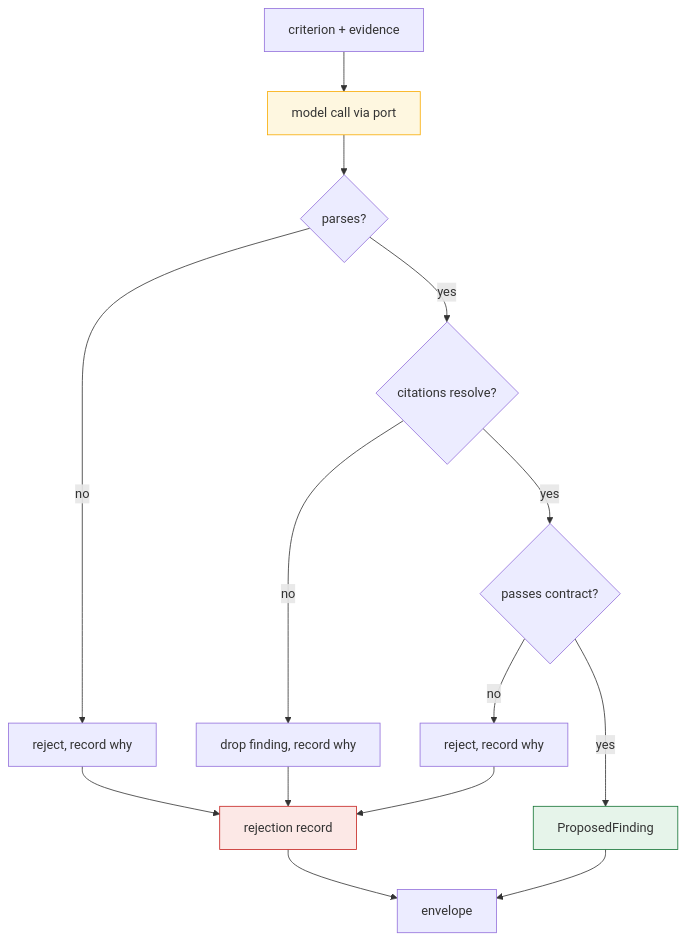
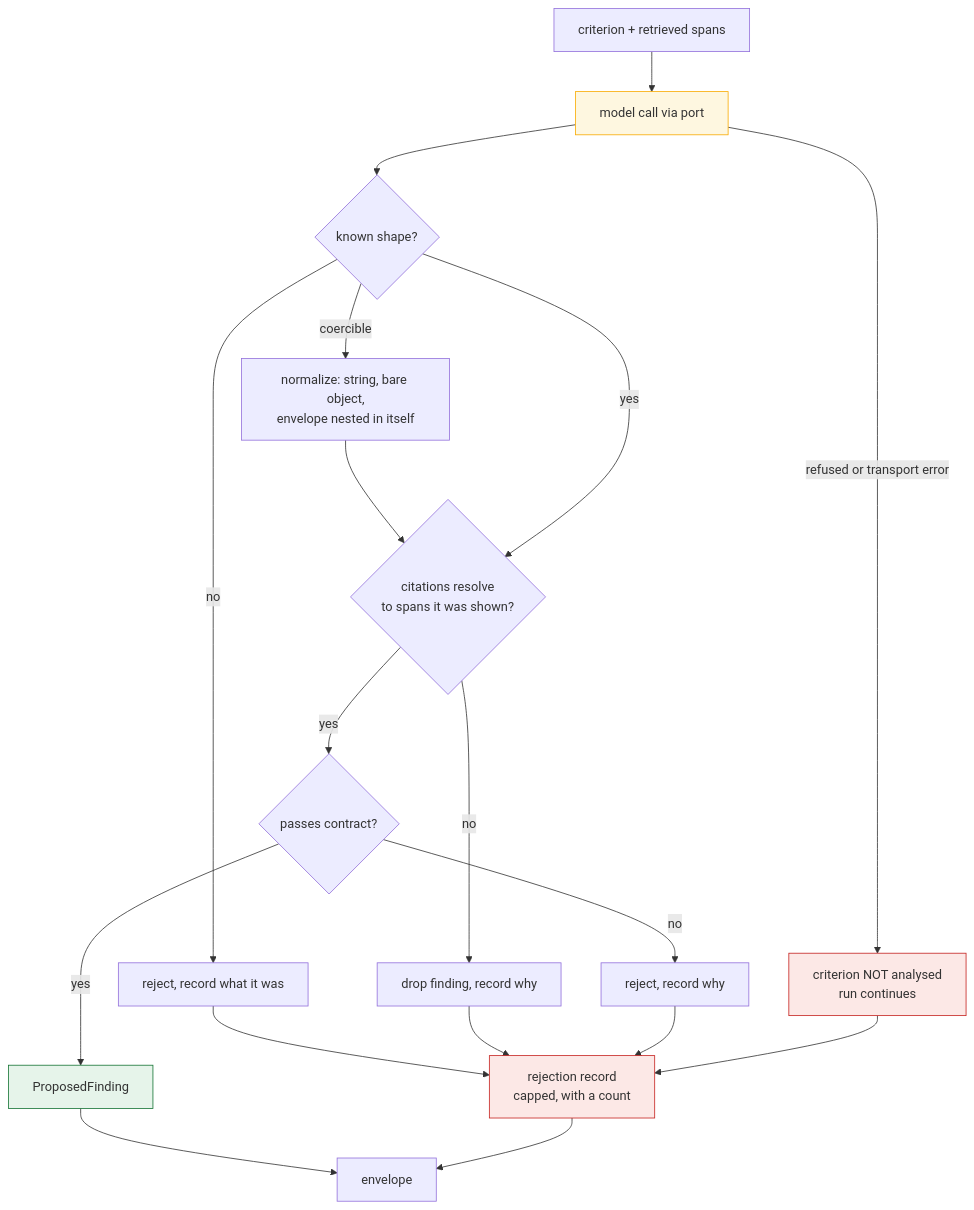
Before and after one commit to Amivero-LLC/asap-ireports-poc: the second of 3 diagrams in docs/ARCHITECTURE.md, drawn with Mermaid. The commit also changed other lines of this file and 1 other file, not shown here.

First line of the commit message:
docs: bring every architecture diagram up to the current state

````diff
--- a/docs/ARCHITECTURE.md
+++ b/docs/ARCHITECTURE.md
@@ -62,20 +64,25 @@
 ```mermaid
 flowchart TD
-    A[criterion + evidence] --> B[model call via port]
-    B --> C{parses?}
-    C -->|no| R1[reject, record why]
-    C -->|yes| D{citations resolve?}
+    A[criterion + retrieved spans] --> B[model call via port]
+    B -->|refused or transport error| N[criterion NOT analysed<br/>run continues]
+    B --> C{known shape?}
+    C -->|coercible| C2[normalize: string, bare object,<br/>envelope nested in itself]
+    C -->|no| R1[reject, record what it was]
+    C2 --> D
+    C -->|yes| D{citations resolve<br/>to spans it was shown?}
     D -->|no| R2[drop finding, record why]
     D -->|yes| E{passes contract?}
     E -->|no| R3[reject, record why]
     E -->|yes| F[ProposedFinding]
-    R1 --> G[rejection record]
+    R1 --> G[rejection record<br/>capped, with a count]
     R2 --> G
     R3 --> G
+    N --> G
     F --> H[envelope]
     G --> H
 
     style B fill:#fef7e0,stroke:#f9ab00
     style F fill:#e6f4ea,stroke:#137333
     style G fill:#fce8e6,stroke:#c5221f
+    style N fill:#fce8e6,stroke:#c5221f
 ```
````
